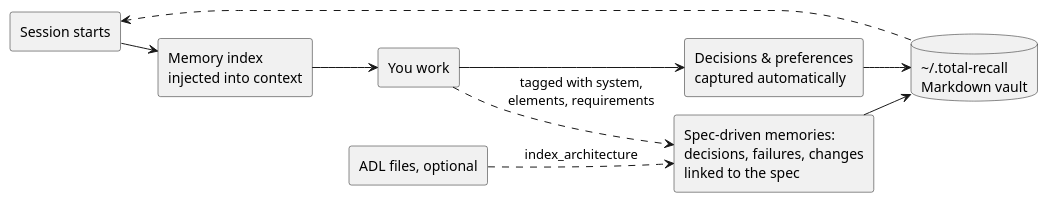
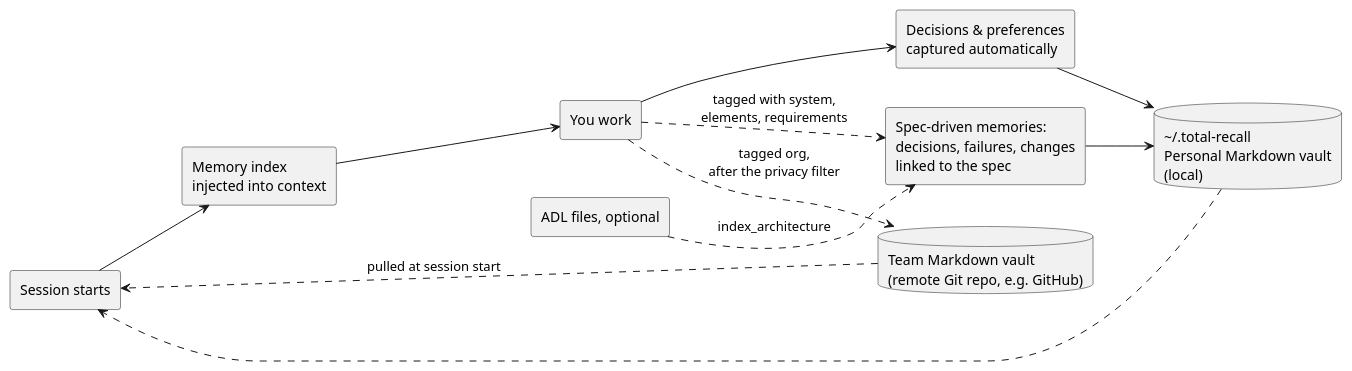
Before and after one commit to adrian-balaban/total-recall: the diagram in docs/diagrams/session-loop-en.puml, drawn with PlantUML. The commit also changed 31 other files, not shown here.

```diff
--- a/docs/diagrams/session-loop-en.puml
+++ b/docs/diagrams/session-loop-en.puml
@@ -1,22 +1,24 @@
 @startuml session-loop-en
-!pragma layout smetana
 left to right direction
 skinparam shadowing false
 skinparam defaultFontName Helvetica
 
 rectangle "Session starts" as A
 rectangle "Memory index\ninjected into context" as B
 rectangle "You work" as C
 rectangle "Decisions & preferences\ncaptured automatically" as D
-database "<U+007E>/.total-recall\nMarkdown vault" as E
+database "<U+007E>/.total-recall\nPersonal Markdown vault\n(local)" as E
+database "Team Markdown vault\n(remote Git repo, e.g. GitHub)" as R
 rectangle "Spec-driven memories:\ndecisions, failures, changes\nlinked to the spec" as G
 rectangle "ADL files, optional" as Hh
 A --> B
 B --> C
 C --> D
 D --> E
 E ..> A
 C ..> G : tagged with system,\nelements, requirements
 G --> E
+C ..> R : tagged org,\nafter the privacy filter
+R ..> A : pulled at session start
 Hh ..> G : index_architecture
 @enduml
```
